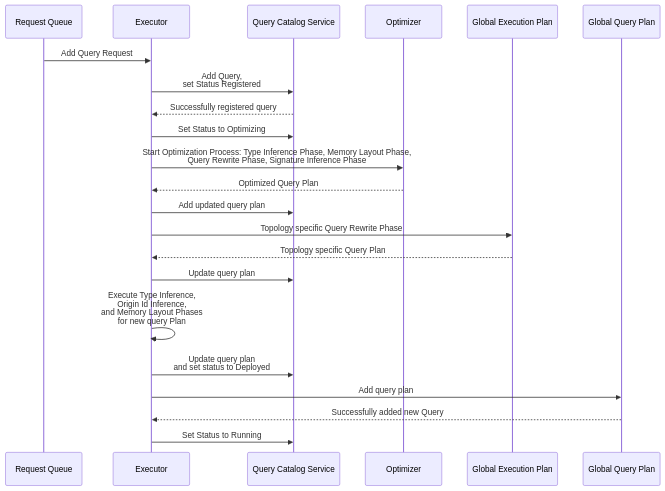
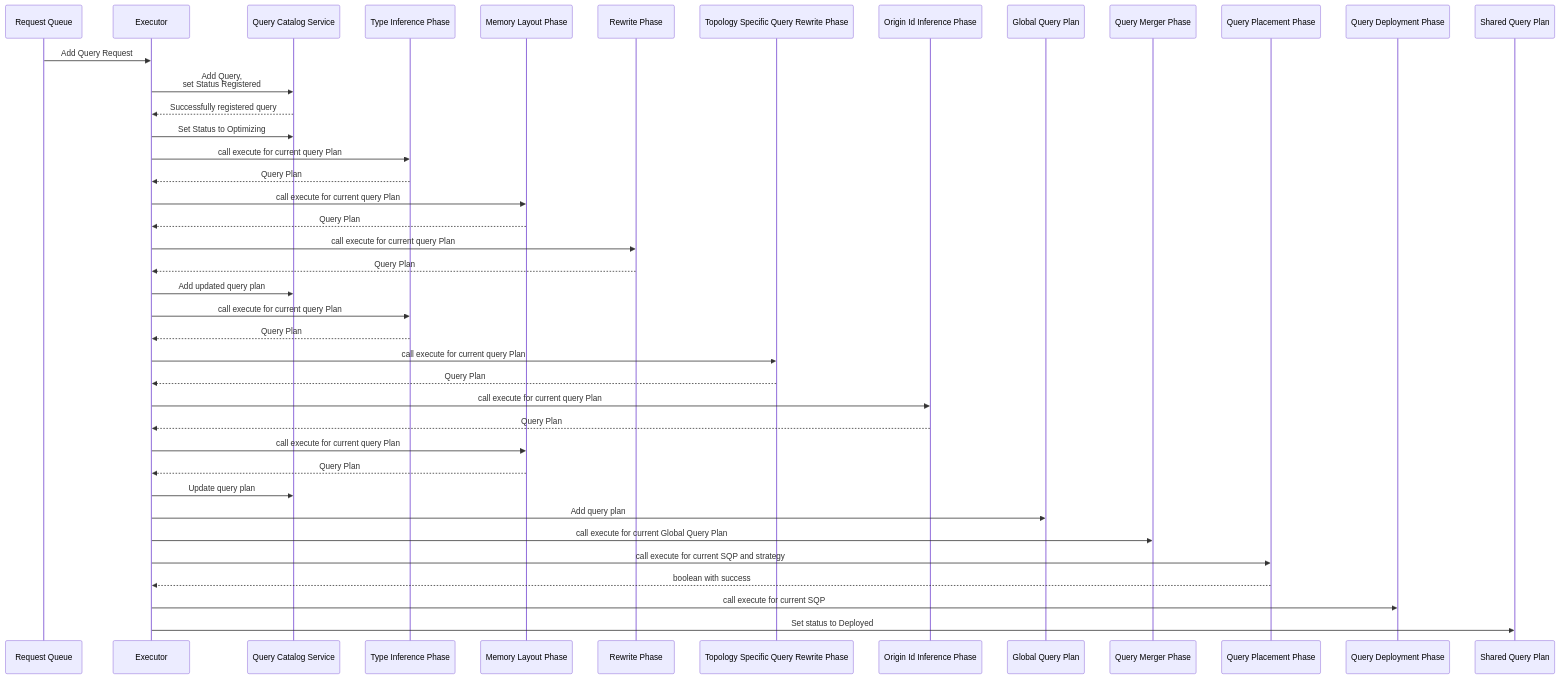
The sixth of 6 diagrams in nes-core/src/Services/GlobalQueryPlanRequests.md (nebulastream/nebulastream), drawn with Mermaid before and after one commit. The commit also changed other lines of this file, not shown here.

Commit message:
updated Fail and Add request

````diff
--- a/nes-core/src/Services/GlobalQueryPlanRequests.md
+++ b/nes-core/src/Services/GlobalQueryPlanRequests.md
@@ -117,20 +115,31 @@
 ```mermaid
 sequenceDiagram
 
     Request Queue ->> Executor: Add Query Request
     Executor ->> Query Catalog Service: Add Query, <br> set Status Registered
     Query Catalog Service -->> Executor: Successfully registered query
     Executor ->> Query Catalog Service: Set Status to Optimizing
-    Executor ->> Optimizer: Start Optimization Process: Type Inference Phase, Memory Layout Phase, <br> Query Rewrite Phase, Signature Inference Phase
-    Optimizer -->> Executor: Optimized Query Plan
+    Executor ->> Type Inference Phase:  call execute for current query Plan
+    Type Inference Phase -->> Executor: Query Plan
+    Executor ->> Memory Layout Phase: call execute for current query Plan
+    Memory Layout Phase -->> Executor: Query Plan
+    Executor ->> Rewrite Phase: call execute for current query Plan
+    Rewrite Phase -->> Executor: Query Plan
     Executor ->> Query Catalog Service: Add updated query plan
-    Executor ->> Global Execution Plan: Topology specific Query Rewrite Phase
-    Global Execution Plan -->> Executor: Topology specific Query Plan
-    Executor->>Query Catalog Service: Update query plan
-    Executor->>Executor: Execute Type Inference, <br> Origin Id Inference, <br> and Memory Layout Phases <br> for new query Plan
-    Executor->>Query Catalog Service: Update query plan <br> and set status to Deployed
+    Executor ->> Type Inference Phase: call execute for current query Plan
+    Type Inference Phase -->> Executor: Query Plan
+    Executor ->> Topology Specific Query Rewrite Phase: call execute for current query Plan
+    Topology Specific Query Rewrite Phase -->> Executor: Query Plan
+    Executor ->> Origin Id Inference Phase: call execute for current query Plan
+    Origin Id Inference Phase -->> Executor: Query Plan
+    Executor ->> Memory Layout Phase: call execute for current query Plan
+    Memory Layout Phase -->> Executor: Query Plan
+    Executor ->> Query Catalog Service: Update query plan
     Executor ->> Global Query Plan: Add query plan
-    Global Query Plan -->> Executor: Successfully added new Query
-    Executor ->> Query Catalog Service: Set Status to Running
-
+    Executor ->> Query Merger Phase: call execute for current Global Query Plan
+    Executor ->> Query Placement Phase: call execute for current SQP and strategy
+    Query Placement Phase -->> Executor: boolean with success
+    Executor ->> Query Deployment Phase: call execute for current SQP
+    Executor ->> Shared Query Plan: Set status to Deployed
+    
 ```
````
